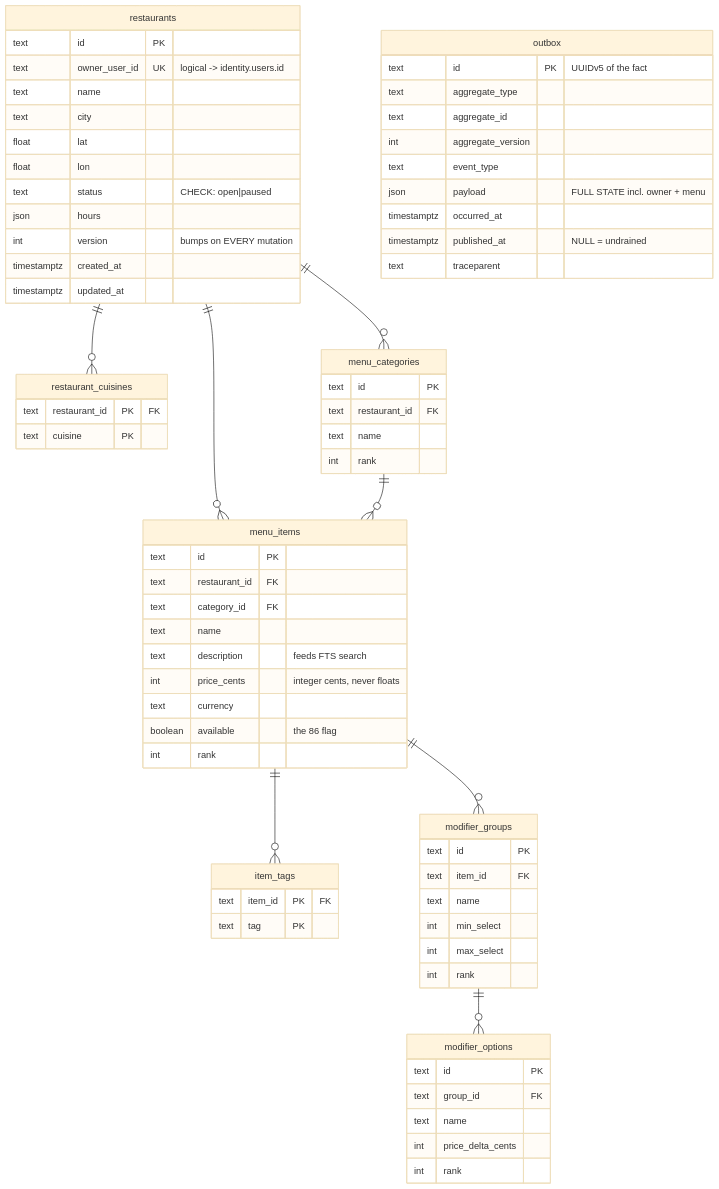
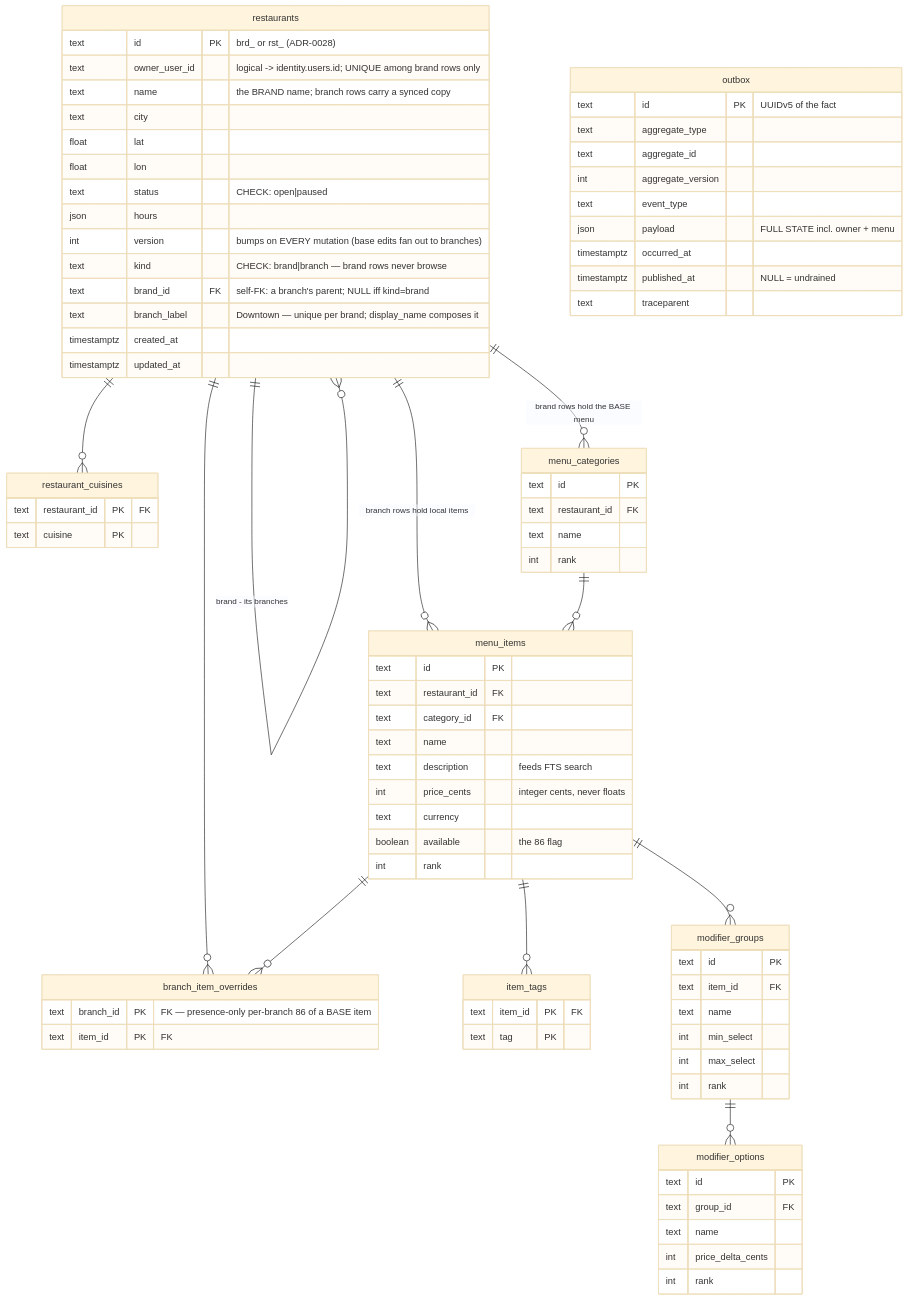
Before and after one commit to Aizazahmed-7/SmartFoodOps: the second of 7 diagrams in docs/erd.md, drawn with Mermaid (base theme). The commit also changed other lines of this file and 69 other files, not shown here.

````diff
--- a/docs/erd.md
+++ b/docs/erd.md
@@ -85,17 +85,24 @@
 ```mermaid
 erDiagram
     restaurants {
-        text id PK
-        text owner_user_id UK "logical -> identity.users.id"
-        text name
+        text id PK "brd_ or rst_ (ADR-0028)"
+        text owner_user_id "logical -> identity.users.id; UNIQUE among brand rows only"
+        text name "the BRAND name; branch rows carry a synced copy"
         text city
         float lat
         float lon
         text status "CHECK: open|paused"
         json hours
-        int version "bumps on EVERY mutation"
+        int version "bumps on EVERY mutation (base edits fan out to branches)"
+        text kind "CHECK: brand|branch — brand rows never browse"
+        text brand_id FK "self-FK: a branch's parent; NULL iff kind=brand"
+        text branch_label "Downtown — unique per brand; display_name composes it"
         timestamptz created_at
         timestamptz updated_at
+    }
+    branch_item_overrides {
+        text branch_id PK "FK — presence-only per-branch 86 of a BASE item"
+        text item_id PK "FK"
     }
     restaurant_cuisines {
         text restaurant_id PK "FK"
@@ -148,9 +155,12 @@
         timestamptz published_at "NULL = undrained"
         text traceparent
     }
+    restaurants ||--o{ restaurants : "brand - its branches"
     restaurants ||--o{ restaurant_cuisines : ""
-    restaurants ||--o{ menu_categories : ""
-    restaurants ||--o{ menu_items : ""
+    restaurants ||--o{ menu_categories : "brand rows hold the BASE menu"
+    restaurants ||--o{ menu_items : "branch rows hold local items"
+    restaurants ||--o{ branch_item_overrides : ""
+    menu_items ||--o{ branch_item_overrides : ""
     menu_categories ||--o{ menu_items : ""
     menu_items ||--o{ item_tags : ""
     menu_items ||--o{ modifier_groups : ""
````
